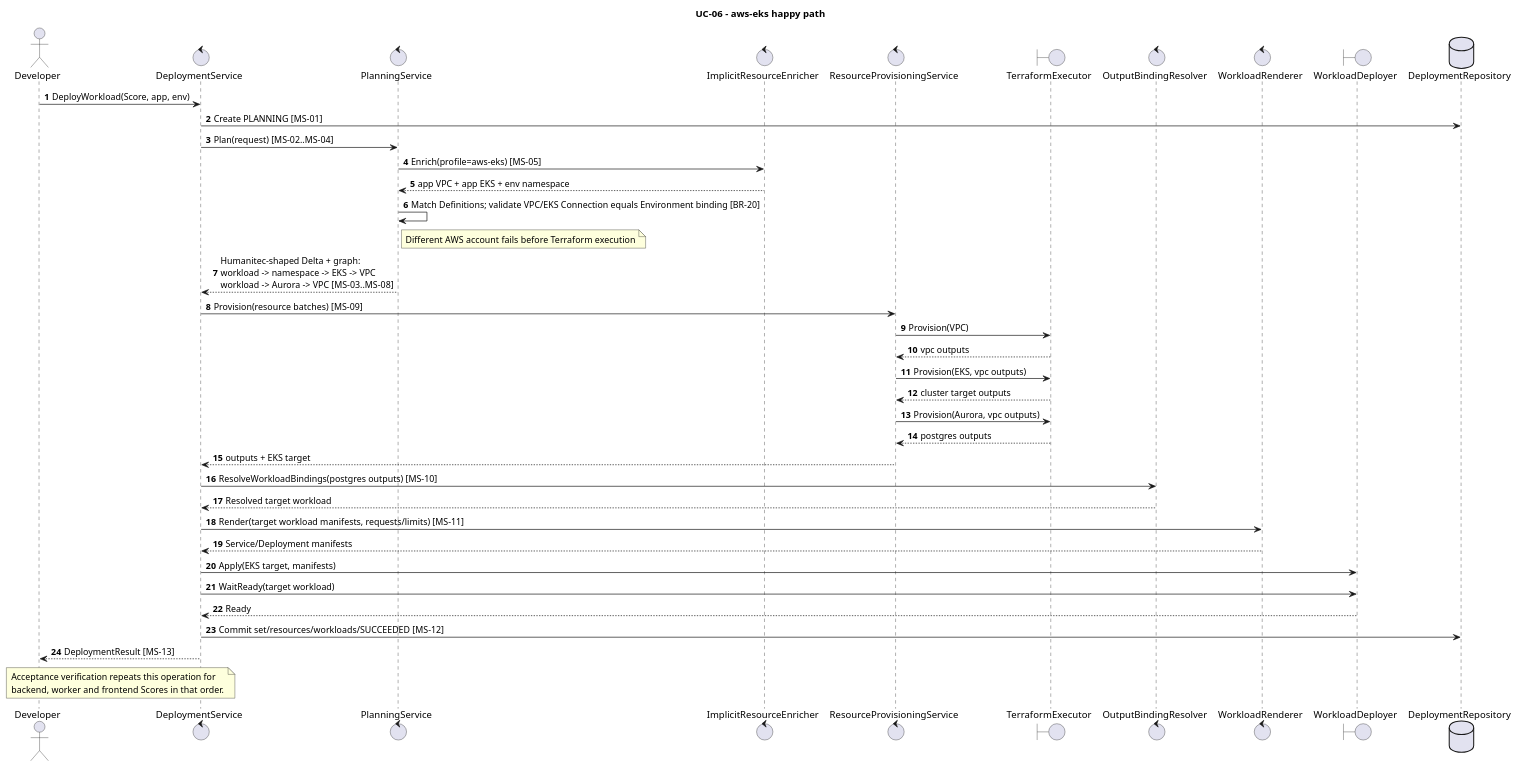
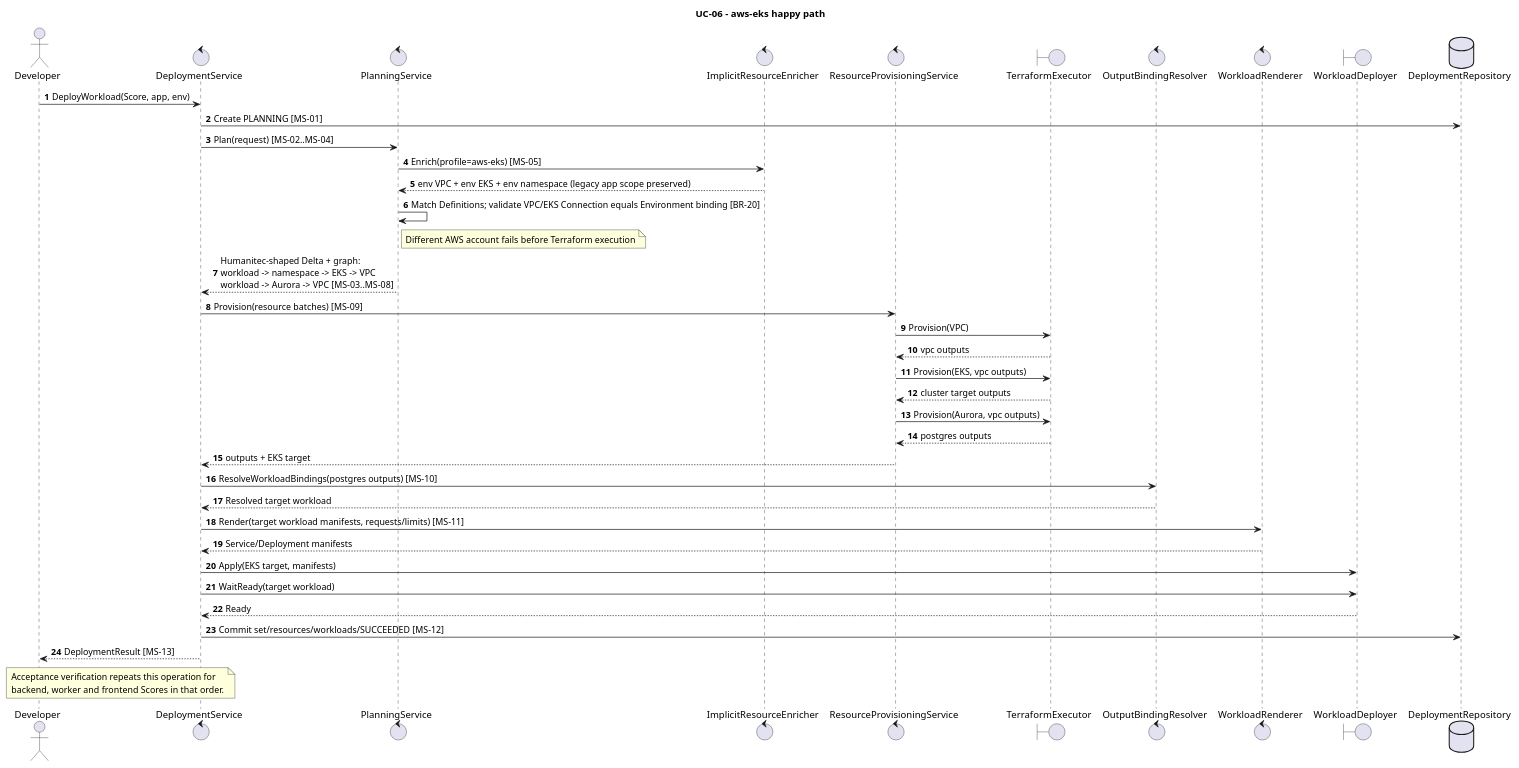
One commit to pr3s3nt/poc changed the diagram in orchestrator_docs/usecase/UC-06/sequence-cloud.puml. Above: the diagram before and after it, drawn with PlantUML. The commit also changed 87 other files, not shown here.

```diff
--- a/orchestrator_docs/usecase/UC-06/sequence-cloud.puml
+++ b/orchestrator_docs/usecase/UC-06/sequence-cloud.puml
@@ -1,44 +1,44 @@
 @startuml
 title UC-06 - aws-eks happy path
 autonumber
 actor Developer
 control DeploymentService as Service
 control PlanningService as Planner
 control ImplicitResourceEnricher as Enricher
 control ResourceProvisioningService as Provisioner
 boundary TerraformExecutor as Terraform
 control OutputBindingResolver as Resolver
 control WorkloadRenderer as Renderer
 boundary WorkloadDeployer as K8s
 database DeploymentRepository as Repo
 
 Developer -> Service: DeployWorkload(Score, app, env)
 Service -> Repo: Create PLANNING [MS-01]
 Service -> Planner: Plan(request) [MS-02..MS-04]
 Planner -> Enricher: Enrich(profile=aws-eks) [MS-05]
-Enricher --> Planner: app VPC + app EKS + env namespace
+Enricher --> Planner: env VPC + env EKS + env namespace (legacy app scope preserved)
 Planner -> Planner: Match Definitions; validate VPC/EKS Connection equals Environment binding [BR-20]
 note right of Planner: Different AWS account fails before Terraform execution
 Planner --> Service: Humanitec-shaped Delta + graph:\nworkload -> namespace -> EKS -> VPC\nworkload -> Aurora -> VPC [MS-03..MS-08]
 Service -> Provisioner: Provision(resource batches) [MS-09]
 Provisioner -> Terraform: Provision(VPC)
 Terraform --> Provisioner: vpc outputs
 Provisioner -> Terraform: Provision(EKS, vpc outputs)
 Terraform --> Provisioner: cluster target outputs
 Provisioner -> Terraform: Provision(Aurora, vpc outputs)
 Terraform --> Provisioner: postgres outputs
 Provisioner --> Service: outputs + EKS target
 Service -> Resolver: ResolveWorkloadBindings(postgres outputs) [MS-10]
 Resolver --> Service: Resolved target workload
 Service -> Renderer: Render(target workload manifests, requests/limits) [MS-11]
 Renderer --> Service: Service/Deployment manifests
 Service -> K8s: Apply(EKS target, manifests)
 Service -> K8s: WaitReady(target workload)
 K8s --> Service: Ready
 Service -> Repo: Commit set/resources/workloads/SUCCEEDED [MS-12]
 Service --> Developer: DeploymentResult [MS-13]
 note over Developer, Service
 Acceptance verification repeats this operation for
 backend, worker and frontend Scores in that order.
 end note
 @enduml
```
